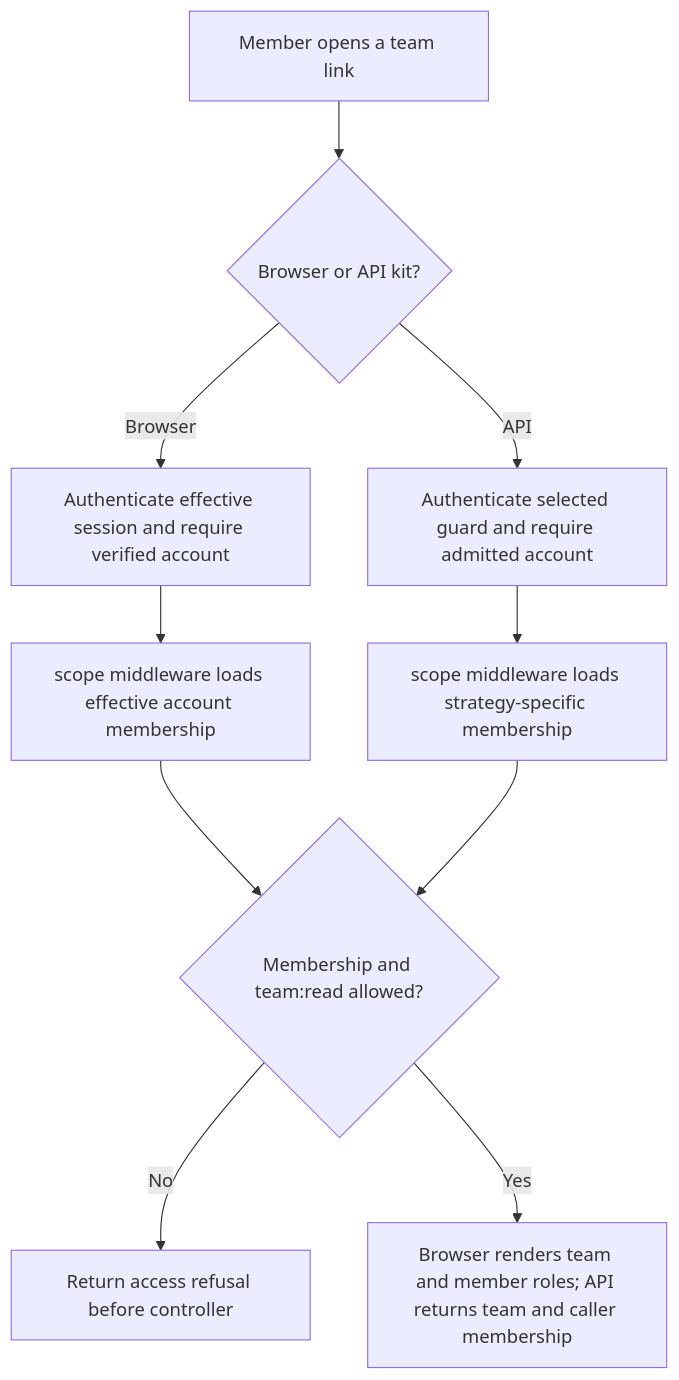
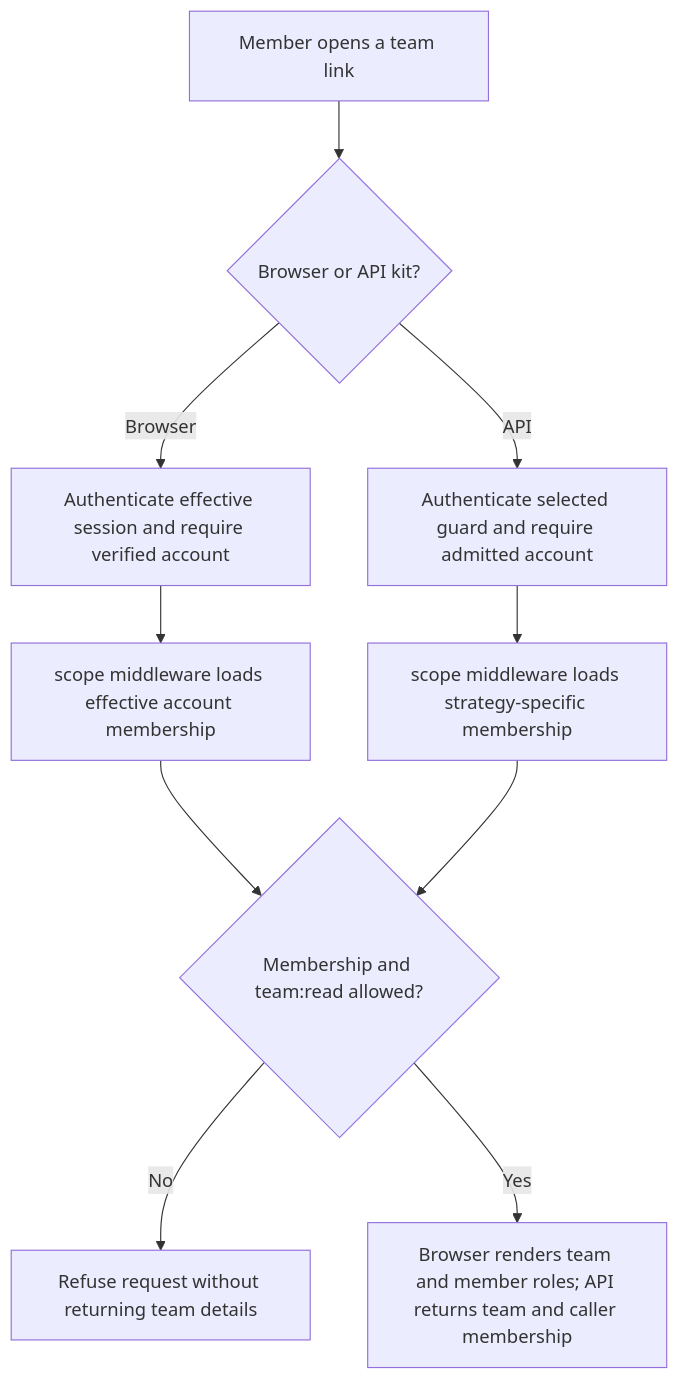
Before and after one commit to Kevinjohn/oss-adonisjs-starter-examples: the first of 2 diagrams in user-stories/teams/us-team-06-open-team.md, drawn with Mermaid. The commit also changed 4 other files, not shown here.

````diff
--- a/user-stories/teams/us-team-06-open-team.md
+++ b/user-stories/teams/us-team-06-open-team.md
@@ -22,12 +22,12 @@
 ```mermaid
 flowchart TD
     A["Member opens a team link"] --> B{"Browser or API kit?"}
     B -->|Browser| C["Authenticate effective session and require verified account"]
     B -->|API| D["Authenticate selected guard and require admitted account"]
     C --> E["scope middleware loads effective account membership"]
     D --> F["scope middleware loads strategy-specific membership"]
     E --> G{"Membership and team:read allowed?"}
     F --> G
-    G -->|No| H["Return access refusal before controller"]
+    G -->|No| H["Refuse request without returning team details"]
     G -->|Yes| I["Browser renders team and member roles; API returns team and caller membership"]
 ```
````
